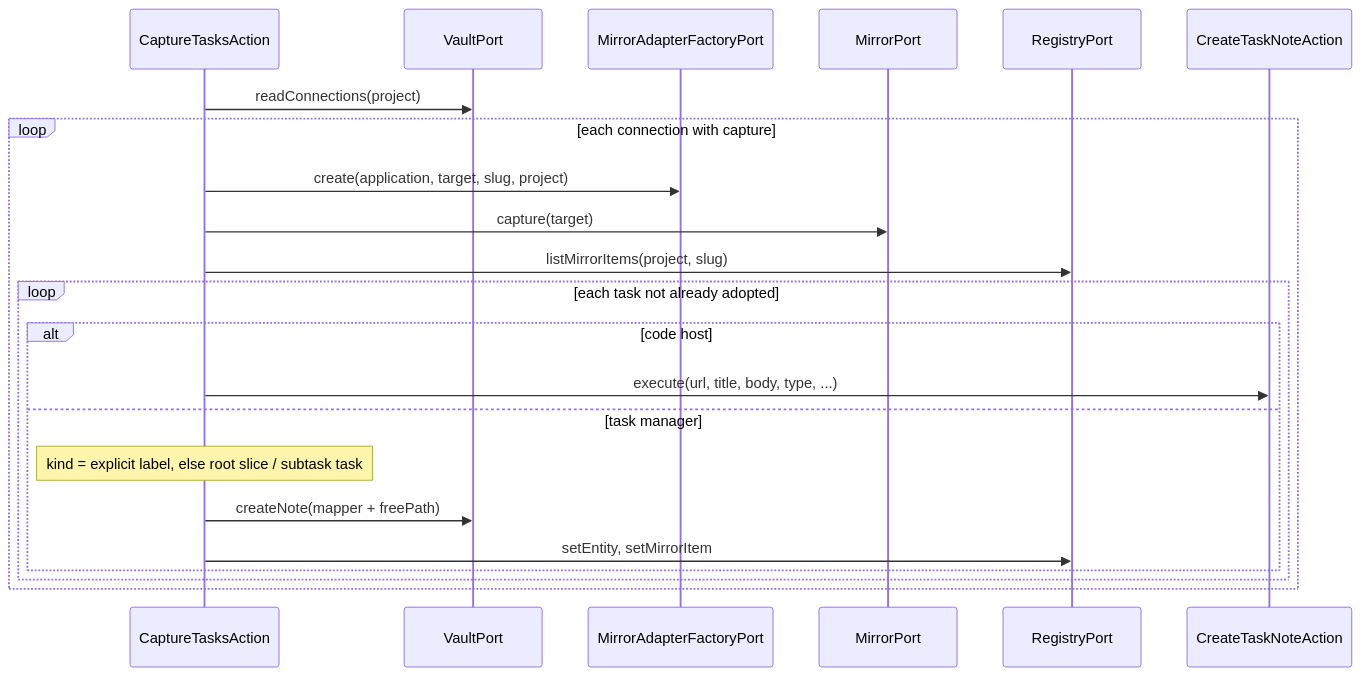
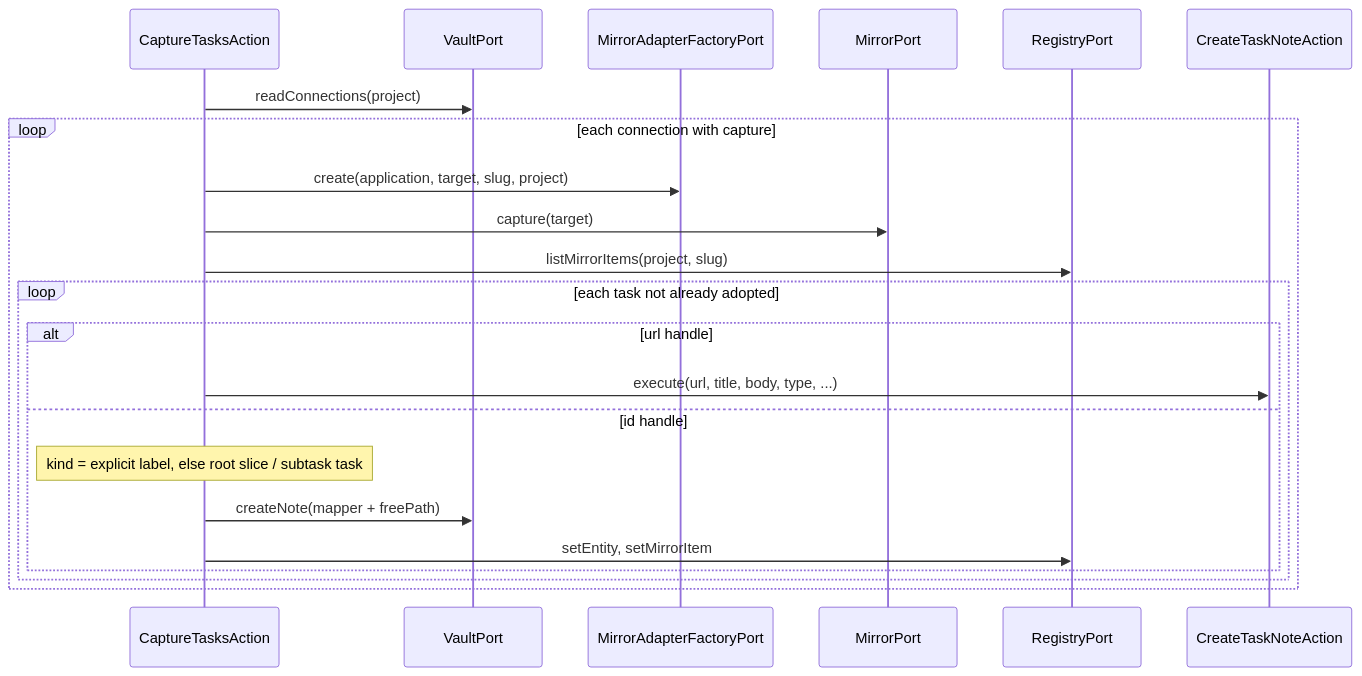
The eighth of 16 diagrams in docs/developer-manual.md (99linesofcode/obsidian-project-management), drawn with Mermaid before and after one commit. The commit also changed other lines of this file and 7 other files, not shown here.

````diff
--- a/docs/developer-manual.md
+++ b/docs/developer-manual.md
@@ -479,25 +480,25 @@
 ```mermaid
 sequenceDiagram
   participant C as CaptureTasksAction
   participant V as VaultPort
   participant F as MirrorAdapterFactoryPort
   participant R as MirrorPort
   participant H as RegistryPort
   participant CT as CreateTaskNoteAction
 
   C->>V: readConnections(project)
   loop each connection with capture
     C->>F: create(application, target, slug, project)
     C->>R: capture(target)
     C->>H: listMirrorItems(project, slug)
     loop each task not already adopted
-      alt code host
+      alt url handle
         C->>CT: execute(url, title, body, type, ...)
-      else task manager
+      else id handle
         Note over C: kind = explicit label, else root slice / subtask task
         C->>V: createNote(mapper + freePath)
         C->>H: setEntity, setMirrorItem
       end
     end
   end
 ```
````
